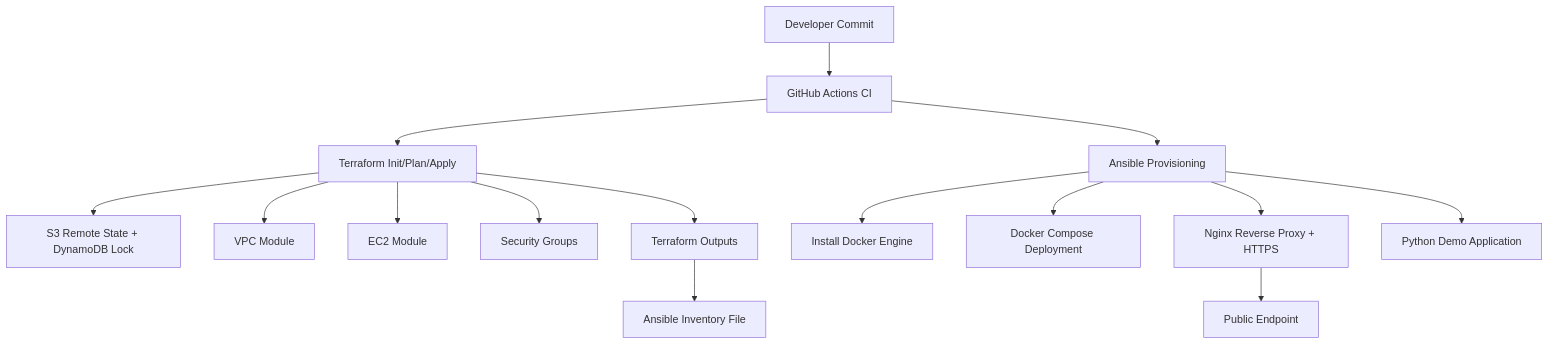
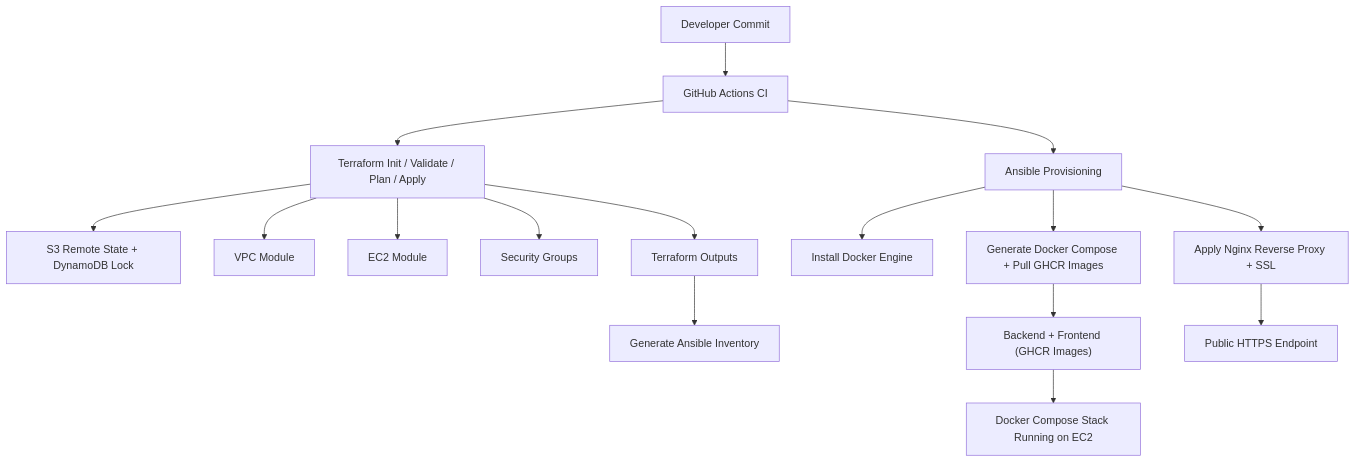
Before and after one commit to LaurisNeimanis/ccore-ai-infra: the diagram in diagrams/architecture.mmd, drawn with Mermaid. The commit also changed 5 other files, not shown here.

Commit message:
refactor: migrate python-demo-app to app-deployment role, update README, architecture diagram and Ansible playbook

```diff
--- a/diagrams/architecture.mmd
+++ b/diagrams/architecture.mmd
@@ -1,21 +1,33 @@
 flowchart TD
 
+    %% === Developer + CI ===
     A[Developer Commit] --> B[GitHub Actions CI]
 
-    B --> C[Terraform Init/Plan/Apply]
+    %% Terraform pipeline
+    B --> C[Terraform Init / Validate / Plan / Apply]
+
+    %% Remote state (recommended)
     C --> D[S3 Remote State + DynamoDB Lock]
 
+    %% Terraform modules
     C --> E[VPC Module]
     C --> F[EC2 Module]
     C --> G[Security Groups]
 
+    %% Terraform outputs → Ansible
     C --> H[Terraform Outputs]
-    H --> I[Ansible Inventory File]
+    H --> I[Generate Ansible Inventory]
 
+    %% Ansible deployment
     B --> J[Ansible Provisioning]
+
     J --> K[Install Docker Engine]
-    J --> L[Docker Compose Deployment]
-    J --> M[Nginx Reverse Proxy + HTTPS]
-    J --> N[Python Demo Application]
+    J --> L[Generate Docker Compose + Pull GHCR Images]
+    J --> M[Apply Nginx Reverse Proxy + SSL]
 
-    M --> O[Public Endpoint]
+    %% App deployment
+    L --> N["Backend + Frontend (GHCR Images)"]
+    N --> O[Docker Compose Stack Running on EC2]
+
+    %% Public access
+    M --> P[Public HTTPS Endpoint]
```
